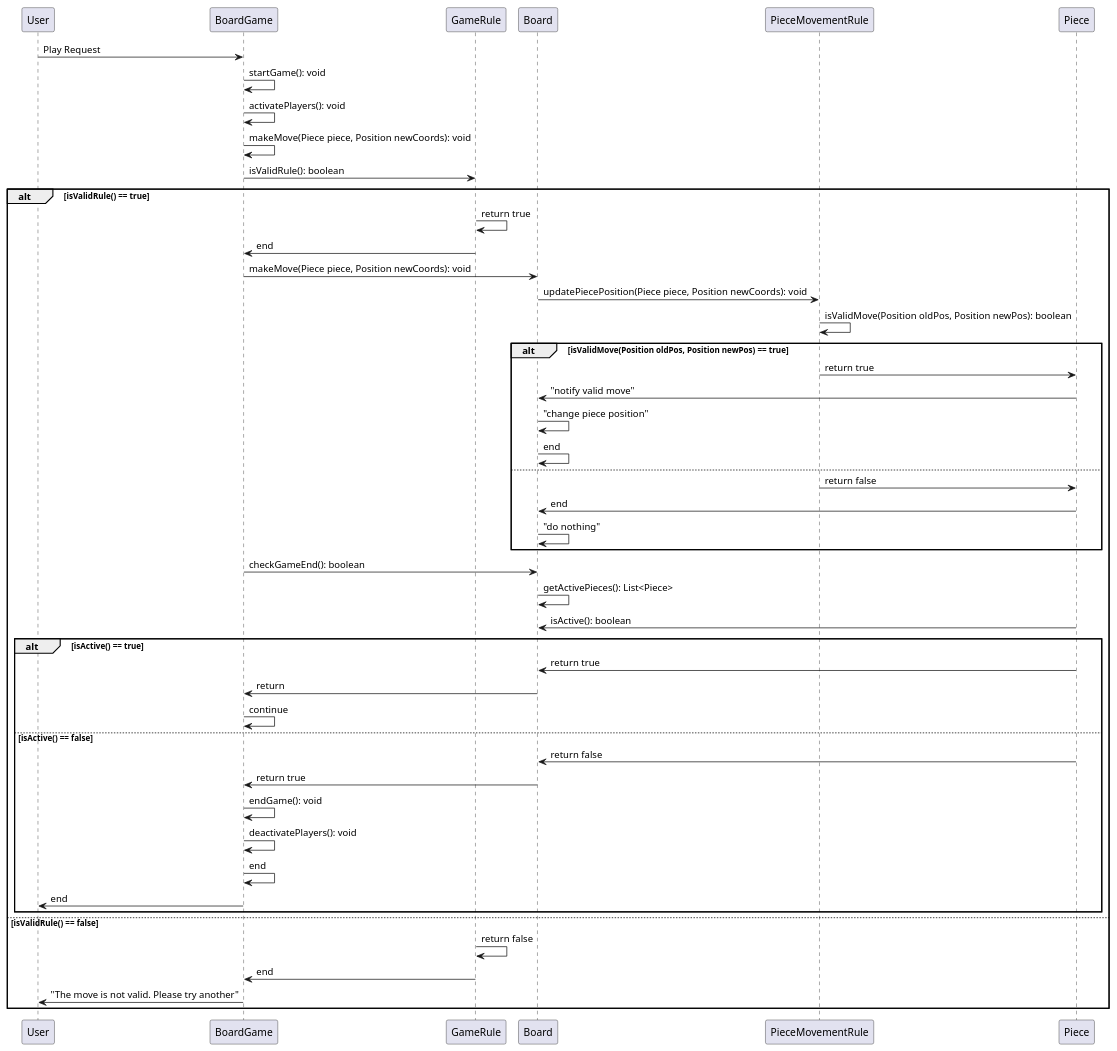
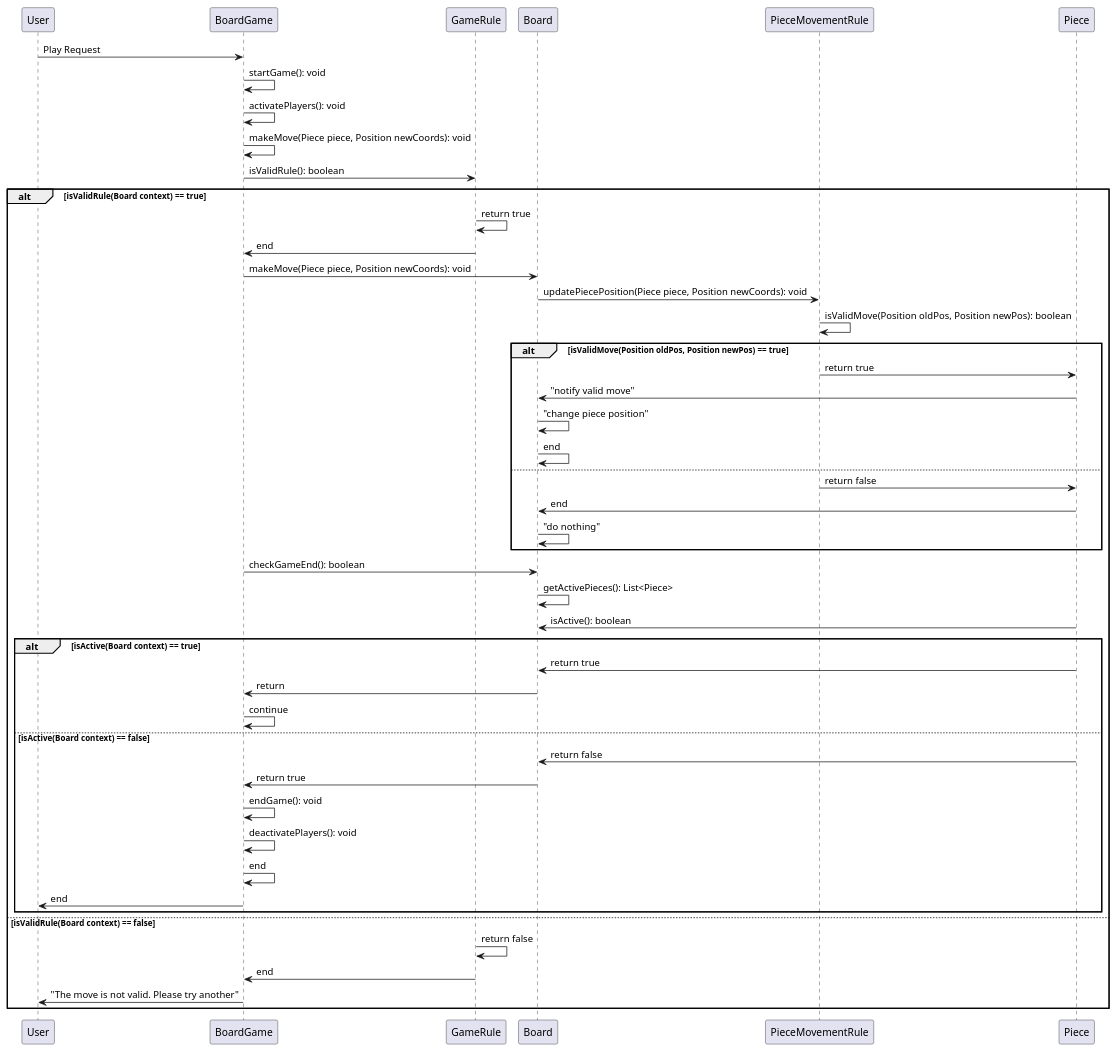
One commit to FranCalveyra/chess changed the diagram in engine/src/main/java/edu/austral/dissis/chess/diagrams/ChessSequence.puml. Above: the diagram before and after it, drawn with PlantUML. The commit also changed 1 other file, not shown here.

Commit message:
Continued Diagrams

```diff
--- a/engine/src/main/java/edu/austral/dissis/chess/diagrams/ChessSequence.puml
+++ b/engine/src/main/java/edu/austral/dissis/chess/diagrams/ChessSequence.puml
@@ -1,54 +1,54 @@
 @startuml
 ' Game
 ' Board
 ' GameRule
 ' PieceMovementRule
 ' Player
 ' Piece
 ' Position
 User -> BoardGame: Play Request
 BoardGame -> BoardGame: startGame(): void
 BoardGame->BoardGame: activatePlayers(): void
 BoardGame -> BoardGame: makeMove(Piece piece, Position newCoords): void
 ' Should check throughout all the rules, asserts context
 BoardGame->GameRule: isValidRule(): boolean
-alt isValidRule() == true
+alt isValidRule(Board context) == true
     GameRule->GameRule: return true
     GameRule->BoardGame: end
     BoardGame -> Board: makeMove(Piece piece, Position newCoords): void
     Board -> PieceMovementRule: updatePiecePosition(Piece piece, Position newCoords): void
     PieceMovementRule->PieceMovementRule: isValidMove(Position oldPos, Position newPos): boolean
     alt isValidMove(Position oldPos, Position newPos) == true
         PieceMovementRule -> Piece: return true
         Piece->Board: "notify valid move"
         Board->Board: "change piece position"
         Board->Board: end
     else
         PieceMovementRule->Piece: return false
         Piece->Board: end
         Board->Board: "do nothing"
     end
 
     BoardGame->Board: checkGameEnd(): boolean
     Board->Board: getActivePieces(): List<Piece>
     Piece->Board: isActive(): boolean
     ' Should check win condition piece/s
-    alt isActive() == true
+    alt isActive(Board context) == true
         Piece->Board: return true
         Board->BoardGame: return
         BoardGame->BoardGame: continue
-    else isActive() == false
+    else isActive(Board context) == false
         Piece->Board: return false
         Board->BoardGame: return true
         BoardGame->BoardGame: endGame(): void
         BoardGame->BoardGame: deactivatePlayers(): void
         BoardGame->BoardGame: end
         BoardGame->User: end
     end
-else isValidRule() == false
+else isValidRule(Board context) == false
     GameRule->GameRule: return false
     GameRule->BoardGame: end
     BoardGame->User: "The move is not valid. Please try another"
     'This should make the execution cyclic
 end
 @enduml
```
